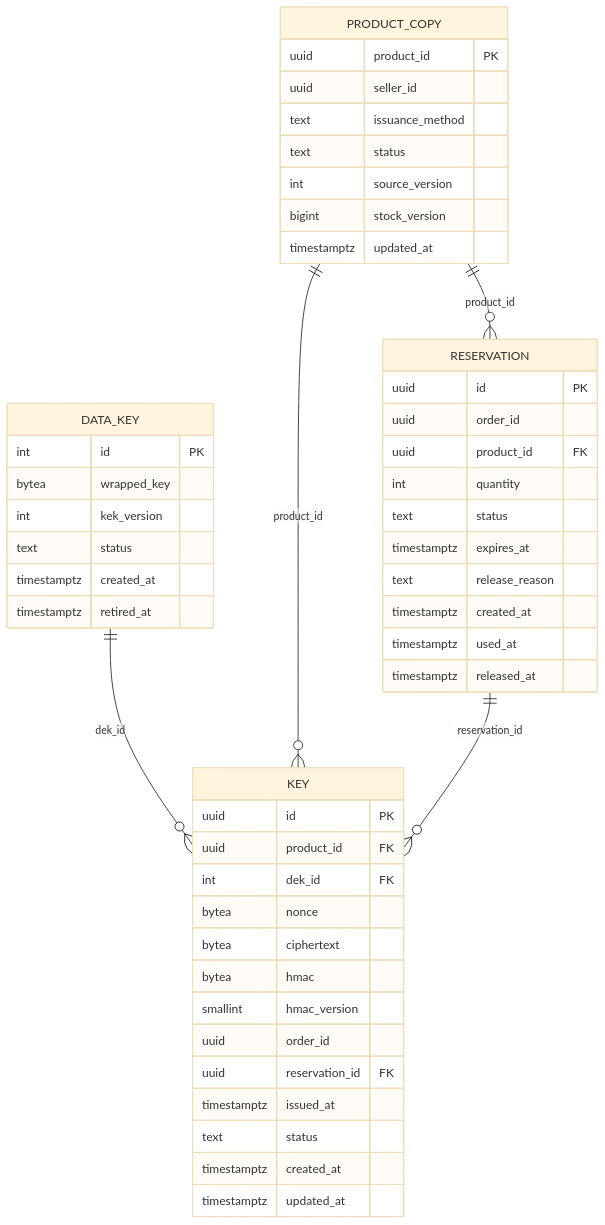
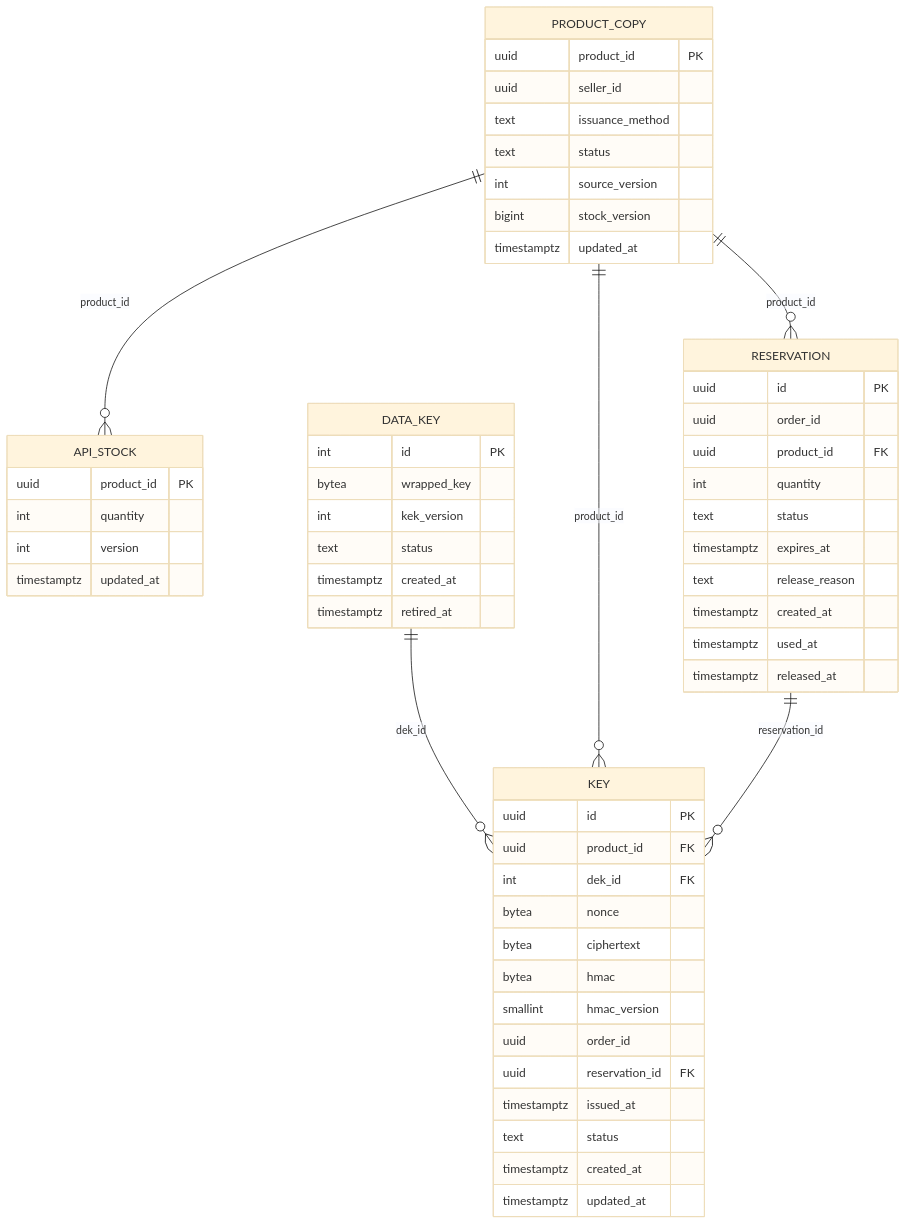
One commit to Lapin143/digital-goods-marketplace changed the diagram in docs/07-data/inventory-service-schema.md. Above: the diagram before and after it, drawn with Mermaid (base theme). The commit also changed other lines of this file and 34 other files, not shown here.

````diff
--- a/docs/07-data/inventory-service-schema.md
+++ b/docs/07-data/inventory-service-schema.md
@@ -17,51 +17,58 @@
 ```mermaid
 erDiagram
+    API_STOCK {
+        uuid product_id PK
+        int quantity
+        int version
+        timestamptz updated_at
+    }
     DATA_KEY {
         int id PK
         bytea wrapped_key
         int kek_version
         text status
         timestamptz created_at
         timestamptz retired_at
     }
     KEY {
         uuid id PK
         uuid product_id FK
         int dek_id FK
         bytea nonce
         bytea ciphertext
         bytea hmac
         smallint hmac_version
         uuid order_id
         uuid reservation_id FK
         timestamptz issued_at
         text status
         timestamptz created_at
         timestamptz updated_at
     }
     PRODUCT_COPY {
         uuid product_id PK
         uuid seller_id
         text issuance_method
         text status
         int source_version
         bigint stock_version
         timestamptz updated_at
     }
     RESERVATION {
         uuid id PK
         uuid order_id
         uuid product_id FK
         int quantity
         text status
         timestamptz expires_at
         text release_reason
         timestamptz created_at
         timestamptz used_at
         timestamptz released_at
     }
+    PRODUCT_COPY ||--o{ API_STOCK : "product_id"
     DATA_KEY ||--o{ KEY : "dek_id"
     PRODUCT_COPY ||--o{ KEY : "product_id"
     RESERVATION ||--o{ KEY : "reservation_id"
     PRODUCT_COPY ||--o{ RESERVATION : "product_id"
 ```
````
